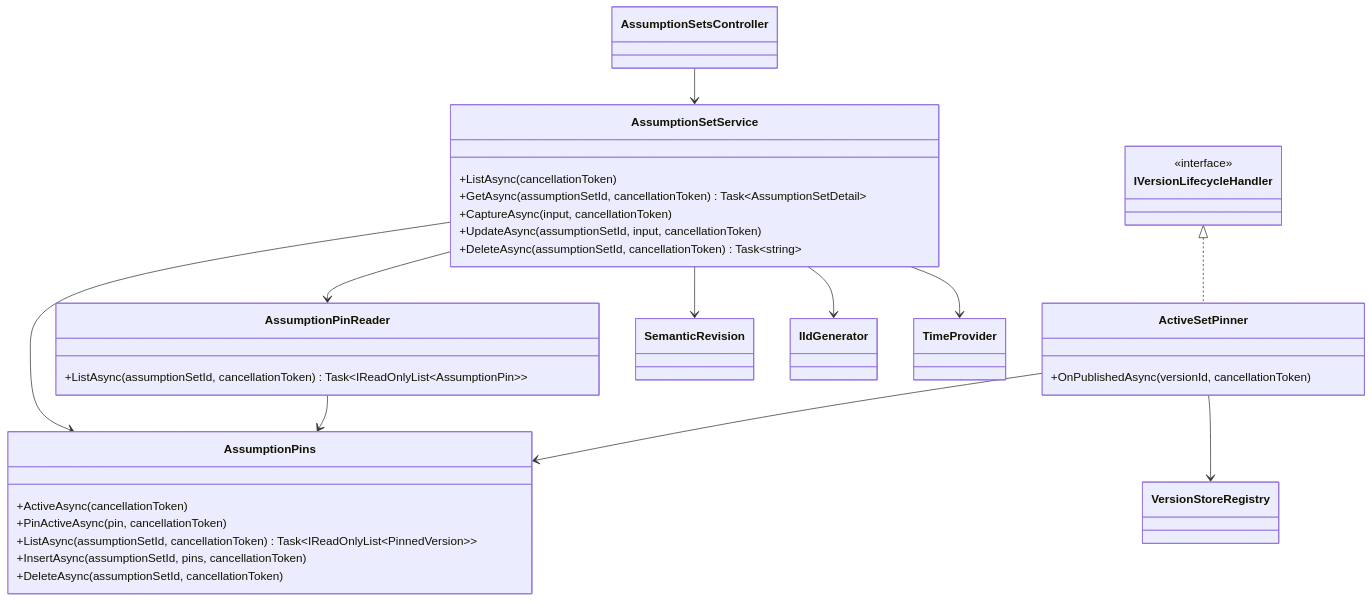
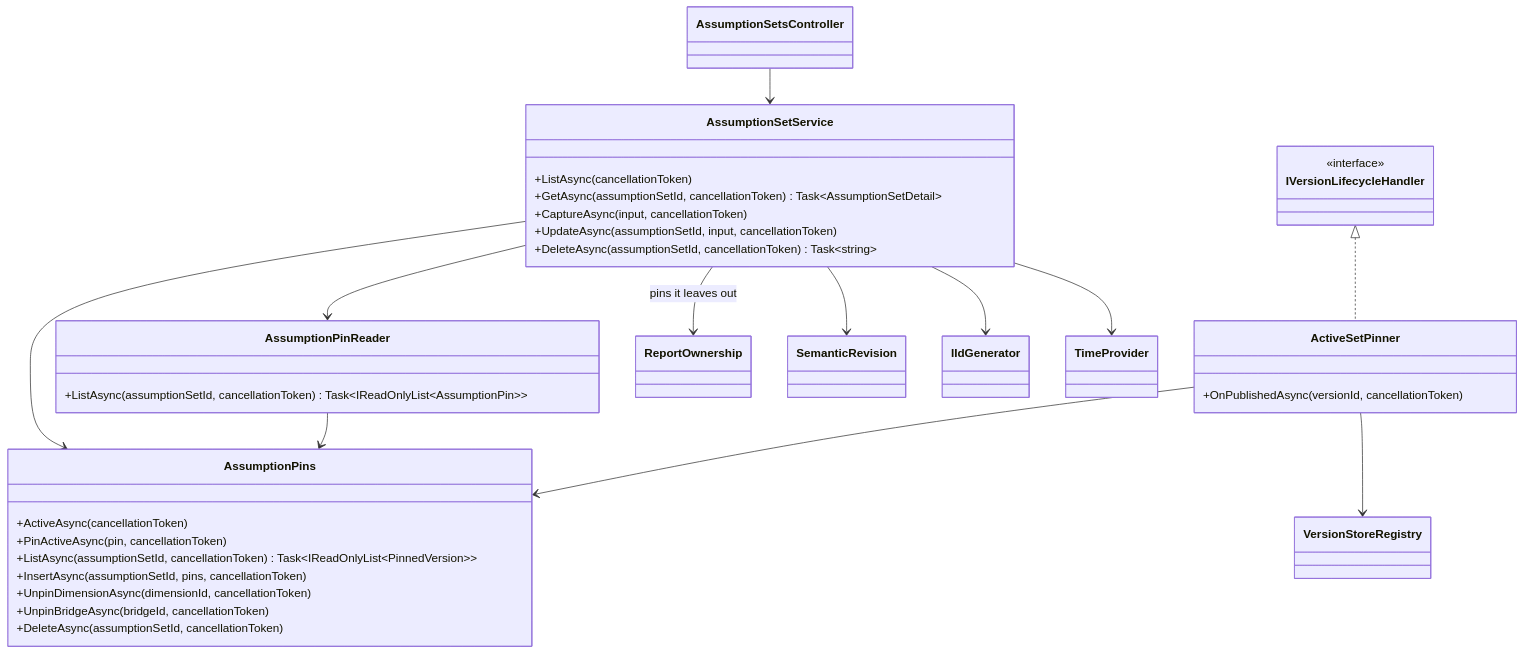
One commit to chrisaliotta/Quantalytix.QueryEngine.Admin changed the eighth of 11 diagrams in api/docs/architecture/05-feature-classes.md. Above: the diagram before and after it, drawn with Mermaid. The commit also changed other lines of this file and 373 other files, not shown here.

First line of the commit message:
feat: update API documentation and architecture for versioning and report handling

````diff
--- a/api/docs/architecture/05-feature-classes.md
+++ b/api/docs/architecture/05-feature-classes.md
@@ -632,38 +646,41 @@
 ```mermaid
 classDiagram
     direction TB
     class AssumptionSetsController
     class AssumptionSetService {
         +ListAsync(cancellationToken)
         +GetAsync(assumptionSetId, cancellationToken) Task~AssumptionSetDetail~
         +CaptureAsync(input, cancellationToken)
         +UpdateAsync(assumptionSetId, input, cancellationToken)
         +DeleteAsync(assumptionSetId, cancellationToken) Task~string~
     }
     class AssumptionPins {
         +ActiveAsync(cancellationToken)
         +PinActiveAsync(pin, cancellationToken)
         +ListAsync(assumptionSetId, cancellationToken) Task~IReadOnlyList~PinnedVersion~~
         +InsertAsync(assumptionSetId, pins, cancellationToken)
+        +UnpinDimensionAsync(dimensionId, cancellationToken)
+        +UnpinBridgeAsync(bridgeId, cancellationToken)
         +DeleteAsync(assumptionSetId, cancellationToken)
     }
     class AssumptionPinReader {
         +ListAsync(assumptionSetId, cancellationToken) Task~IReadOnlyList~AssumptionPin~~
     }
     class ActiveSetPinner {
         +OnPublishedAsync(versionId, cancellationToken)
     }
     class IVersionLifecycleHandler {
         <<interface>>
     }
     AssumptionSetsController --> AssumptionSetService
     AssumptionSetService --> AssumptionPins
     AssumptionSetService --> AssumptionPinReader
+    AssumptionSetService --> ReportOwnership : pins it leaves out
     AssumptionSetService --> SemanticRevision
     AssumptionSetService --> IIdGenerator
     AssumptionSetService --> TimeProvider
     AssumptionPinReader --> AssumptionPins
     IVersionLifecycleHandler <|.. ActiveSetPinner
     ActiveSetPinner --> AssumptionPins
     ActiveSetPinner --> VersionStoreRegistry
 ```
````
